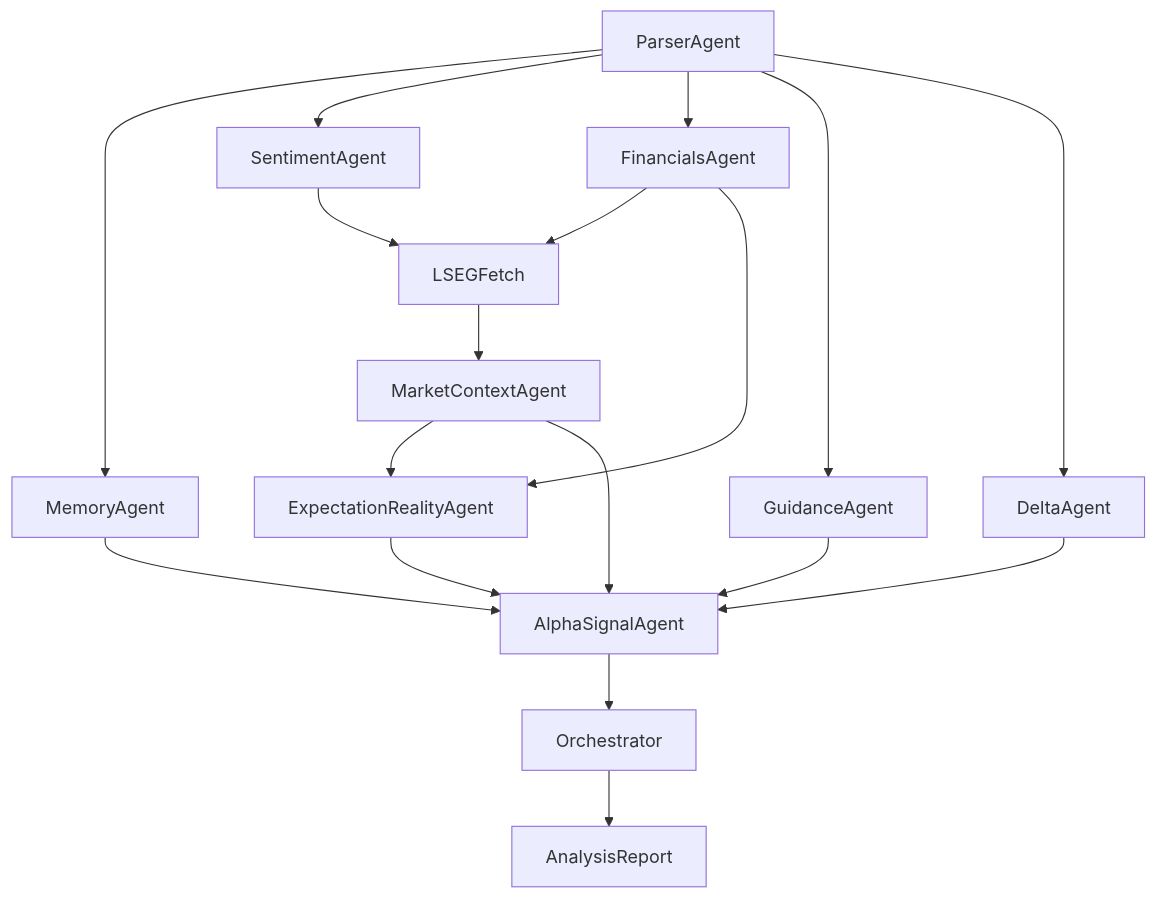
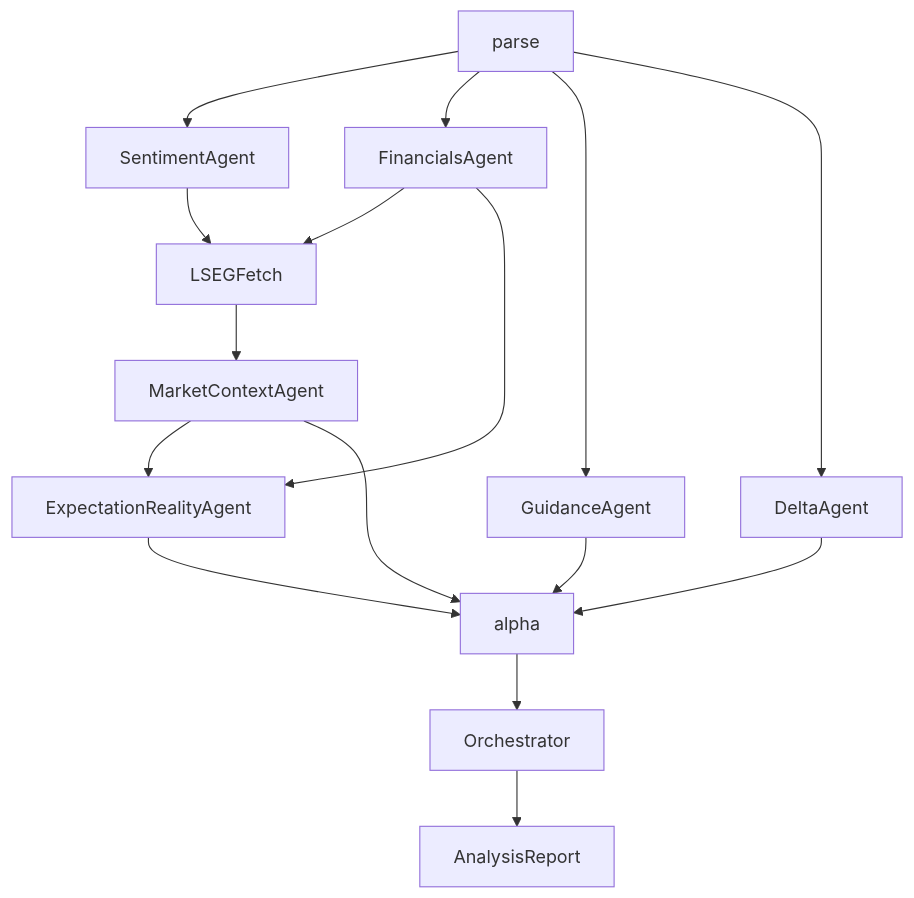
The second of 2 diagrams in MAECAS_Dashboard_Methodology_Report.md (DanielYiuBot/maecas), drawn with Mermaid before and after one commit. The commit also changed other lines of this file and 33 other files, not shown here.

````diff
--- a/MAECAS_Dashboard_Methodology_Report.md
+++ b/MAECAS_Dashboard_Methodology_Report.md
@@ -60,20 +60,18 @@
 ```mermaid
 flowchart TD
-  parse[ParserAgent] --> memory[MemoryAgent]
   parse --> sentiment[SentimentAgent]
   parse --> financials[FinancialsAgent]
   parse --> guidance[GuidanceAgent]
   parse --> delta[DeltaAgent]
   sentiment --> lseg[LSEGFetch]
   financials --> lseg
   lseg --> market[MarketContextAgent]
   market --> expectation[ExpectationRealityAgent]
   financials --> expectation
-  memory --> alpha[AlphaSignalAgent]
   market --> alpha
   guidance --> alpha
   delta --> alpha
   expectation --> alpha
   alpha --> synth[Orchestrator]
   synth --> finalReport[AnalysisReport]
 ```
````
